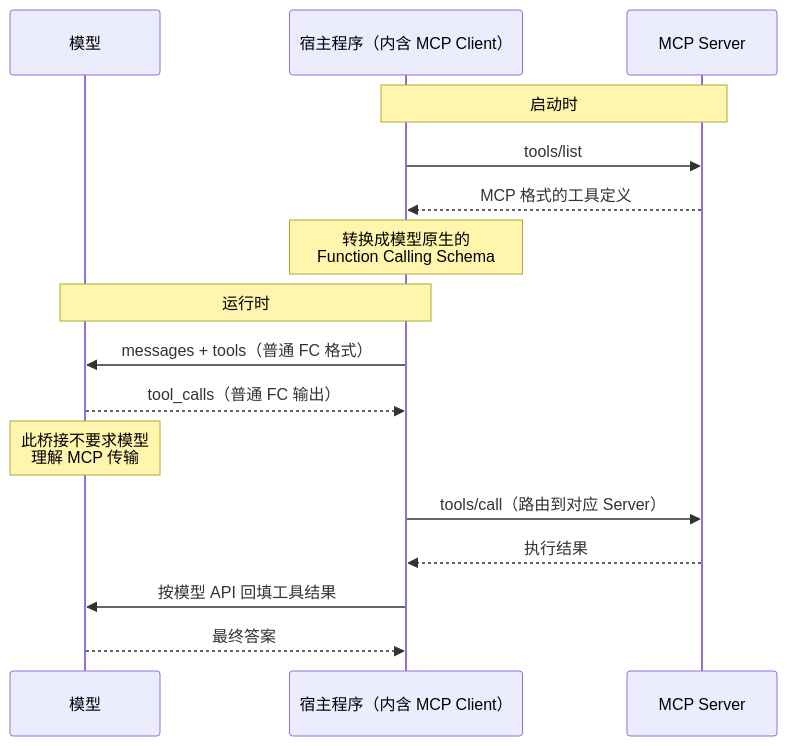
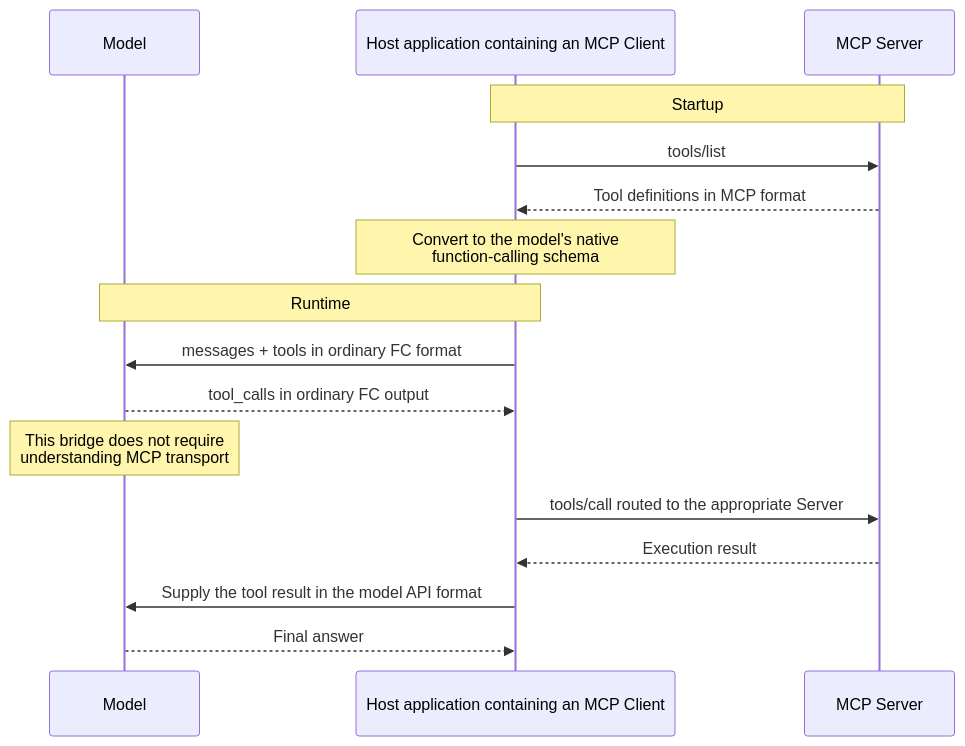
The second of 3 diagrams in docs/tools/02-mcp/06-mcp-vs-function-calling.md (oneleaveknowsthefall/awesome-ai-roadmap), drawn with Mermaid before and after one commit. The commit also changed other lines of this file and 42 other files, not shown here.

````diff
--- a/docs/tools/02-mcp/06-mcp-vs-function-calling.md
+++ b/docs/tools/02-mcp/06-mcp-vs-function-calling.md
@@ -49,20 +49,20 @@
 ```mermaid
 sequenceDiagram
-    participant M as 模型
-    participant H as 宿主程序（内含 MCP Client）
+    participant M as Model
+    participant H as Host application containing an MCP Client
     participant S as MCP Server
 
-    Note over H,S: 启动时
+    Note over H,S: Startup
     H->>S: tools/list
-    S-->>H: MCP 格式的工具定义
-    Note over H: 转换成模型原生的<br/>Function Calling Schema
+    S-->>H: Tool definitions in MCP format
+    Note over H: Convert to the model's native<br/>function-calling schema
 
-    Note over M,H: 运行时
-    H->>M: messages + tools（普通 FC 格式）
-    M-->>H: tool_calls（普通 FC 输出）
-    Note over M: 此桥接不要求模型<br/>理解 MCP 传输
-    H->>S: tools/call（路由到对应 Server）
-    S-->>H: 执行结果
-    H->>M: 按模型 API 回填工具结果
-    M-->>H: 最终答案
+    Note over M,H: Runtime
+    H->>M: messages + tools in ordinary FC format
+    M-->>H: tool_calls in ordinary FC output
+    Note over M: This bridge does not require<br/>understanding MCP transport
+    H->>S: tools/call routed to the appropriate Server
+    S-->>H: Execution result
+    H->>M: Supply the tool result in the model API format
+    M-->>H: Final answer
 ```
````
